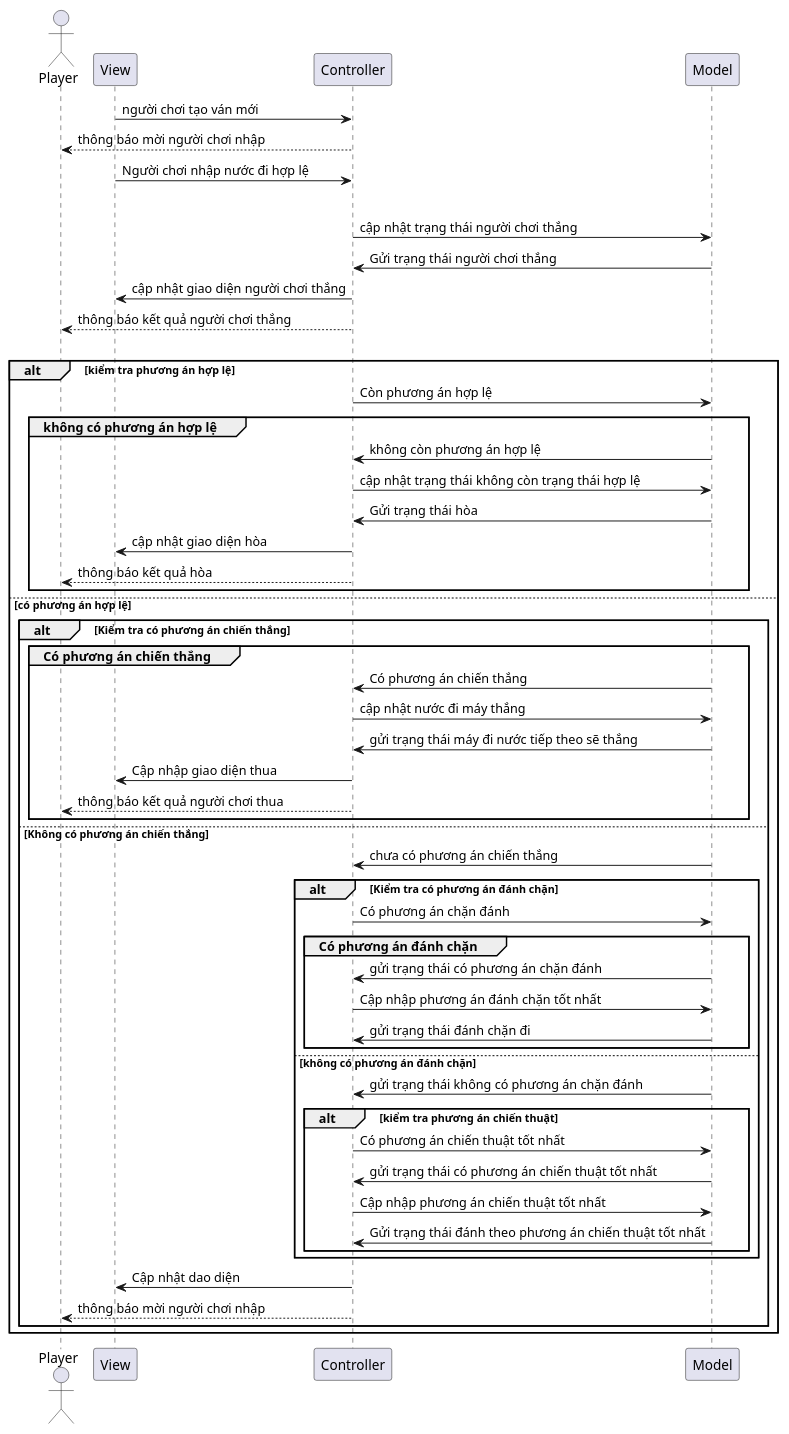
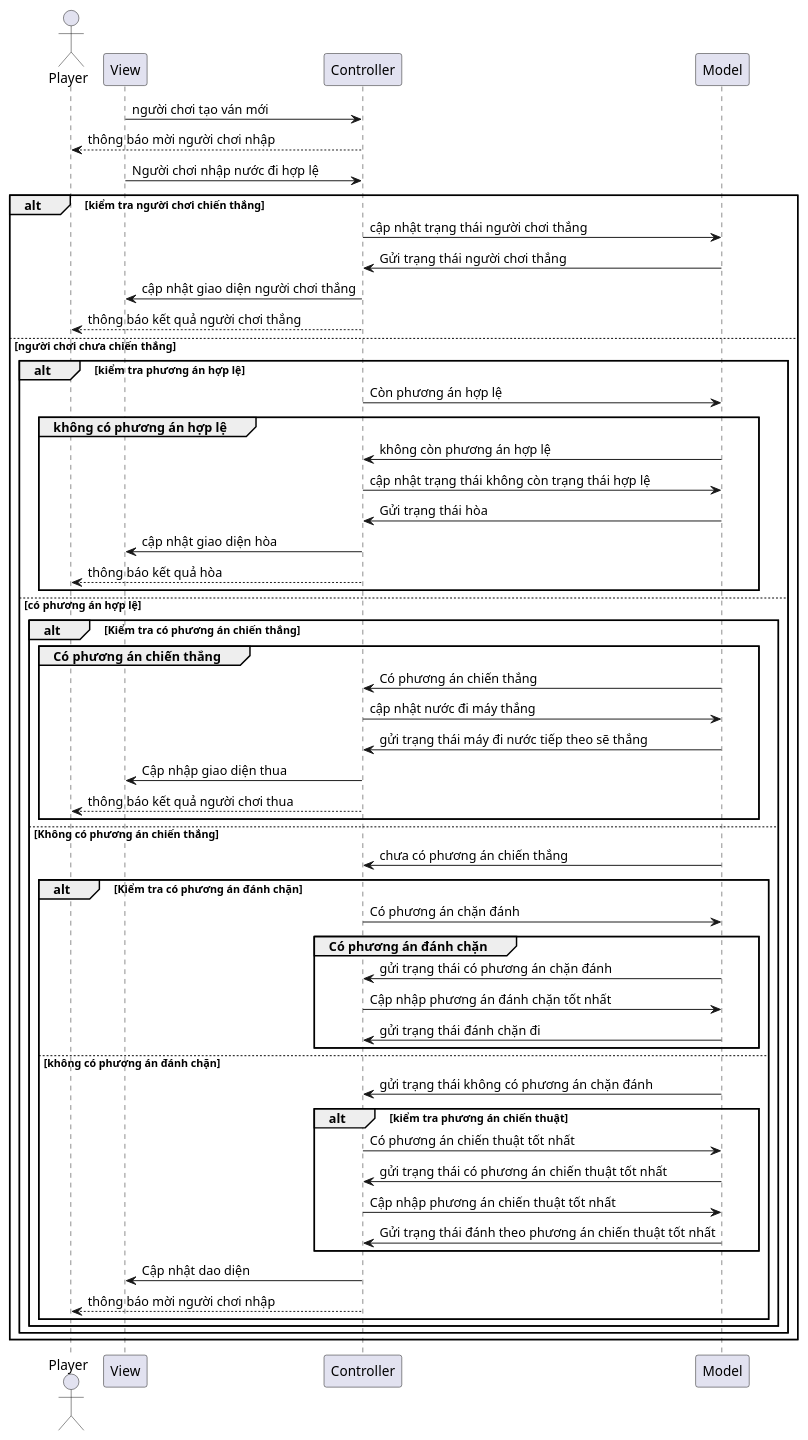
Before and after one commit to ChuThuyQuynh1110/CodeUML: the diagram in ban1.puml, drawn with PlantUML.

Commit message:
commit note

```diff
--- a/ban1.puml
+++ b/ban1.puml
@@ -1,56 +1,57 @@
 @startuml ban1
 actor Player
 participant View
 participant Controller
 participant Model
 View -> Controller : người chơi tạo ván mới
 Controller --> Player : thông báo mời người chơi nhập
+View -> Controller : Người chơi nhập nước đi hợp lệ
 
-View -> Controller : Người chơi nhập nước đi hợp lệ
 alt kiểm tra người chơi chiến thắng
-Controller -> Model : cập nhật trạng thái người chơi thắng 
-Model -> Controller : Gửi trạng thái người chơi thắng
-Controller -> View : cập nhật giao diện người chơi thắng
-Controller --> Player : thông báo kết quả người chơi thắng
+    Controller -> Model : cập nhật trạng thái người chơi thắng 
+    Model -> Controller : Gửi trạng thái người chơi thắng
+    Controller -> View : cập nhật giao diện người chơi thắng
+    Controller --> Player : thông báo kết quả người chơi thắng
 else người chơi chưa chiến thắng
-alt kiểm tra phương án hợp lệ
-Controller -> Model:Còn phương án hợp lệ
-group không có phương án hợp lệ
-Model -> Controller: không còn phương án hợp lệ
-Controller -> Model : cập nhật trạng thái không còn trạng thái hợp lệ
-Model -> Controller : Gửi trạng thái hòa
-Controller -> View : cập nhật giao diện hòa
-Controller --> Player : thông báo kết quả hòa
-end
-else có phương án hợp lệ 
-alt Kiểm tra có phương án chiến thắng
-group Có phương án chiến thắng
-Model -> Controller: Có phương án chiến thắng
-Controller -> Model : cập nhật nước đi máy thắng
-Model -> Controller : gửi trạng thái máy đi nước tiếp theo sẽ thắng 
-Controller -> View : Cập nhập giao diện thua
-Controller --> Player : thông báo kết quả người chơi thua
-end
-else Không có phương án chiến thắng
-Model -> Controller: chưa có phương án chiến thắng
-alt Kiểm tra có phương án đánh chặn
-Controller -> Model : Có phương án chặn đánh
-group Có phương án đánh chặn
-Model -> Controller : gửi trạng thái có phương án chặn đánh
-Controller -> Model : Cập nhập phương án đánh chặn tốt nhất 
-Model -> Controller : gửi trạng thái đánh chặn đi
-end
-else không có phương án đánh chặn
-Model -> Controller : gửi trạng thái không có phương án chặn đánh
-alt kiểm tra phương án chiến thuật
-Controller -> Model : Có phương án chiến thuật tốt nhất
-Model -> Controller : gửi trạng thái có phương án chiến thuật tốt nhất
-Controller -> Model : Cập nhập phương án chiến thuật tốt nhất 
-Model -> Controller : Gửi trạng thái đánh theo phương án chiến thuật tốt nhất
-end
-end
-Controller -> View : Cập nhật dao diện
-Controller --> Player : thông báo mời người chơi nhập
-end
+    alt kiểm tra phương án hợp lệ
+        Controller -> Model:Còn phương án hợp lệ
+        group không có phương án hợp lệ
+            Model -> Controller: không còn phương án hợp lệ
+            Controller -> Model : cập nhật trạng thái không còn trạng thái hợp lệ
+            Model -> Controller : Gửi trạng thái hòa
+            Controller -> View : cập nhật giao diện hòa
+            Controller --> Player : thông báo kết quả hòa
+        end
+    else có phương án hợp lệ 
+        alt Kiểm tra có phương án chiến thắng
+            group Có phương án chiến thắng
+                Model -> Controller: Có phương án chiến thắng
+                Controller -> Model : cập nhật nước đi máy thắng
+                Model -> Controller : gửi trạng thái máy đi nước tiếp theo sẽ thắng 
+                Controller -> View : Cập nhập giao diện thua
+                Controller --> Player : thông báo kết quả người chơi thua
+            end
+        else Không có phương án chiến thắng
+            Model -> Controller: chưa có phương án chiến thắng
+            alt Kiểm tra có phương án đánh chặn
+                Controller -> Model : Có phương án chặn đánh
+                group Có phương án đánh chặn
+                    Model -> Controller : gửi trạng thái có phương án chặn đánh
+                    Controller -> Model : Cập nhập phương án đánh chặn tốt nhất 
+                    Model -> Controller : gửi trạng thái đánh chặn đi
+                end
+            else không có phương án đánh chặn
+                Model -> Controller : gửi trạng thái không có phương án chặn đánh
+                alt kiểm tra phương án chiến thuật
+                    Controller -> Model : Có phương án chiến thuật tốt nhất
+                    Model -> Controller : gửi trạng thái có phương án chiến thuật tốt nhất
+                    Controller -> Model : Cập nhập phương án chiến thuật tốt nhất 
+                    Model -> Controller : Gửi trạng thái đánh theo phương án chiến thuật tốt nhất
+                end
+                Controller -> View : Cập nhật dao diện
+                Controller --> Player : thông báo mời người chơi nhập
+            end
+        end
+    end
 end
 @enduml
```
